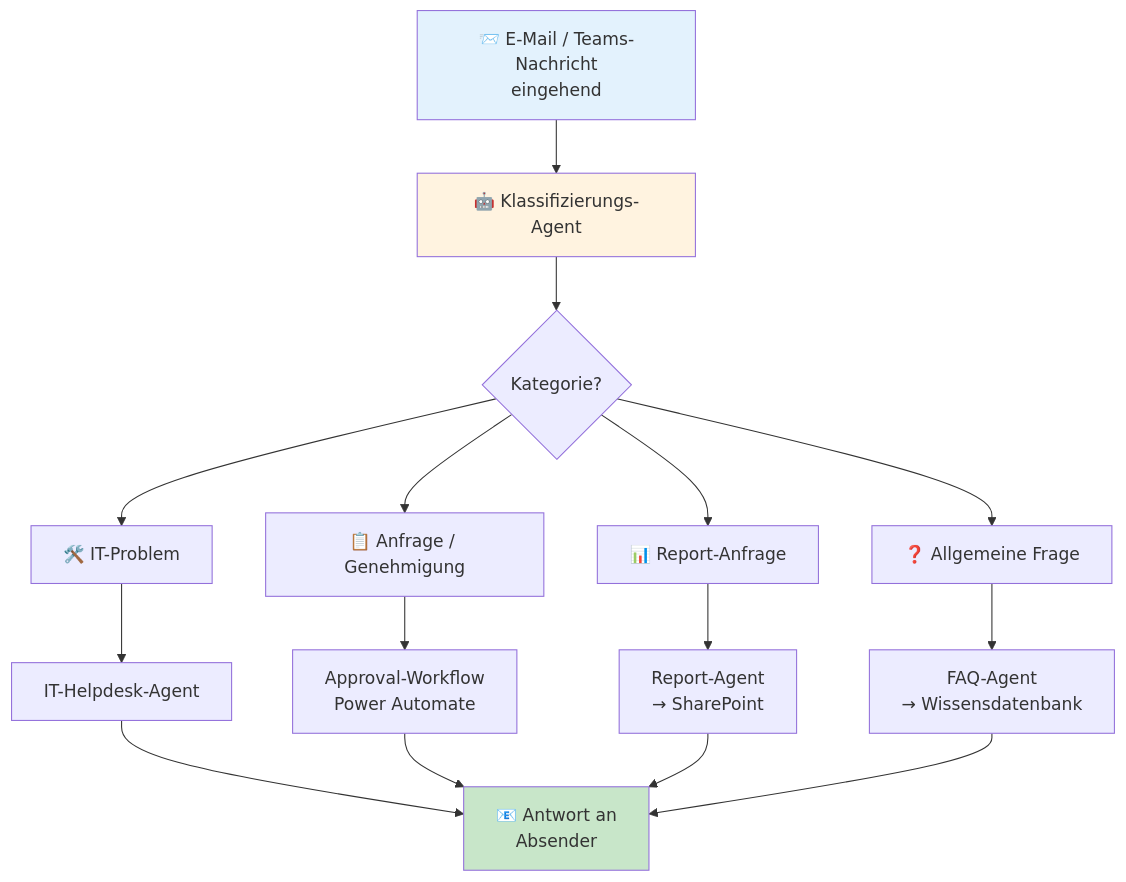
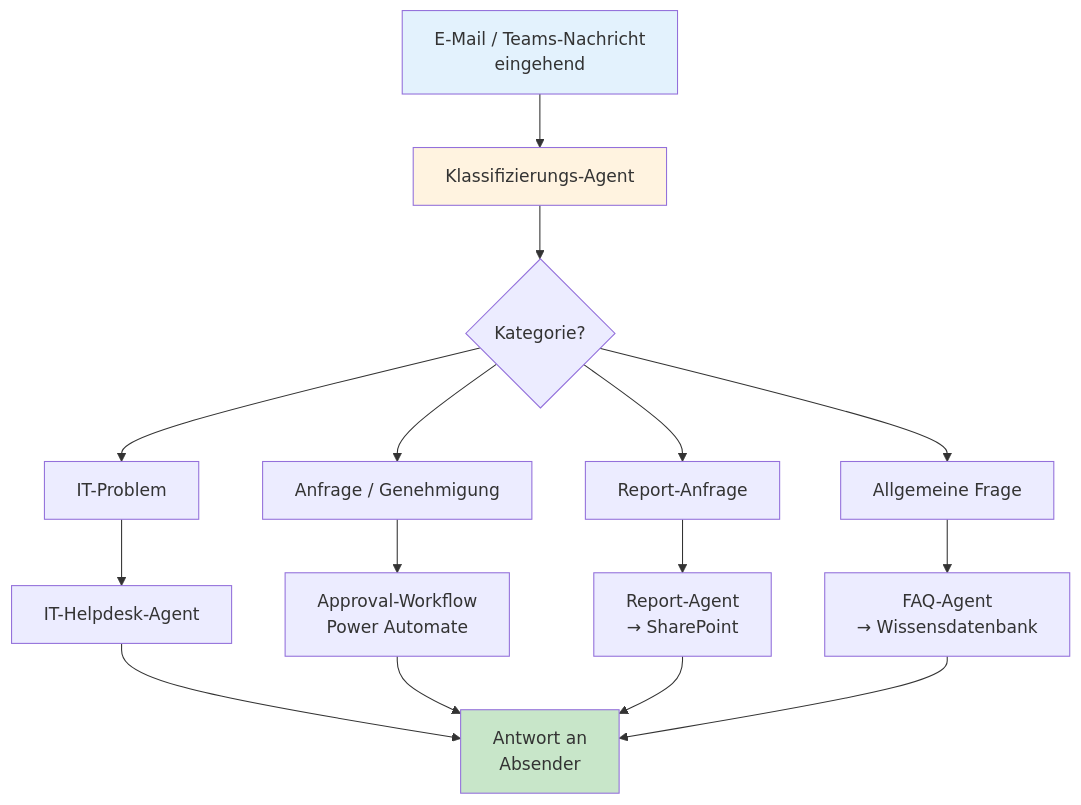
Before and after one commit to justinsz/ProPrompt: the fourth of 4 diagrams in office_de.md, drawn with Mermaid. The commit also changed other lines of this file and 11 other files, not shown here.

````diff
--- a/office_de.md
+++ b/office_de.md
@@ -402,21 +402,21 @@
 ```mermaid
 flowchart TB
-    A[📨 E-Mail / Teams-Nachricht<br/>eingehend] --> B[🤖 Klassifizierungs-Agent]
-    
+    A[E-Mail / Teams-Nachricht<br/>eingehend] --> B[Klassifizierungs-Agent]
+
     B --> C{Kategorie?}
-    C --> D[🛠️ IT-Problem]
-    C --> E[📋 Anfrage / Genehmigung]
-    C --> F[📊 Report-Anfrage]
-    C --> G[❓ Allgemeine Frage]
-    
+    C --> D[IT-Problem]
+    C --> E[Anfrage / Genehmigung]
+    C --> F[Report-Anfrage]
+    C --> G[Allgemeine Frage]
+
     D --> D1[IT-Helpdesk-Agent]
     E --> E1[Approval-Workflow<br/>Power Automate]
     F --> F1[Report-Agent<br/>→ SharePoint]
     G --> G1[FAQ-Agent<br/>→ Wissensdatenbank]
-    
-    D1 & E1 & F1 & G1 --> H[📧 Antwort an<br/>Absender]
-    
+
+    D1 & E1 & F1 & G1 --> H[Antwort an<br/>Absender]
+
     style A fill:#e3f2fd
     style B fill:#fff3e0
     style H fill:#c8e6c9
 ```
````
